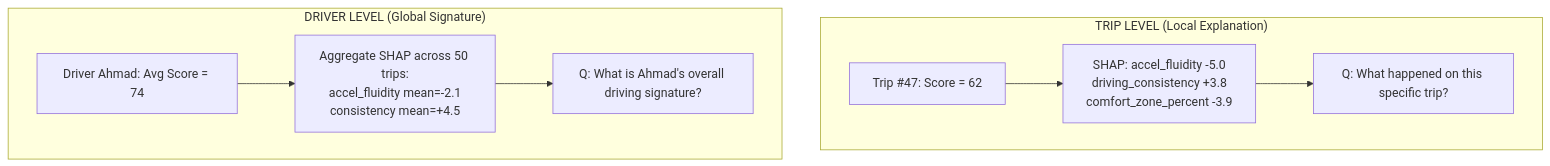
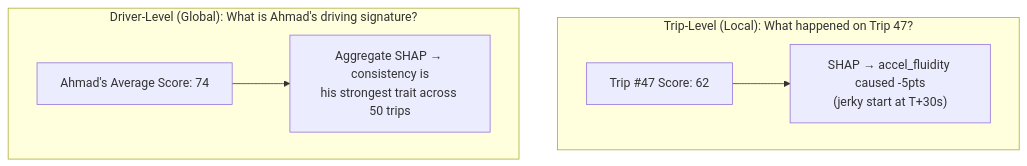
One commit to Project-Be-Better/learning-ml changed the ninth of 16 diagrams in docs/ml_pipeline_guide.md. Above: the diagram before and after it, drawn with Mermaid. The commit also changed other lines of this file, not shown here.

````diff
--- a/docs/ml_pipeline_guide.md
+++ b/docs/ml_pipeline_guide.md
@@ -244,14 +227,12 @@
 ```mermaid
 graph TD
-    subgraph "TRIP LEVEL (Local Explanation)"
-        TE["Trip #47: Score = 62"]
-        TE --> TS["SHAP: accel_fluidity -5.0\ndriving_consistency +3.8\ncomfort_zone_percent -3.9"]
-        TS --> TQ["Q: What happened on this specific trip?"]
+    subgraph "Trip-Level (Local): What happened on Trip 47?"
+        T1["Trip #47 Score: 62"]
+        T1 --> T2["SHAP → accel_fluidity caused -5pts\n(jerky start at T+30s)"]
     end
 
-    subgraph "DRIVER LEVEL (Global Signature)"
-        DE["Driver Ahmad: Avg Score = 74"]
-        DE --> DS["Aggregate SHAP across 50 trips:\naccel_fluidity mean=-2.1\nconsistency mean=+4.5"]
-        DS --> DQ["Q: What is Ahmad's overall driving signature?"]
+    subgraph "Driver-Level (Global): What is Ahmad's driving signature?"
+        D1["Ahmad's Average Score: 74"]
+        D1 --> D2["Aggregate SHAP → consistency is\nhis strongest trait across 50 trips"]
     end
 ```
````
